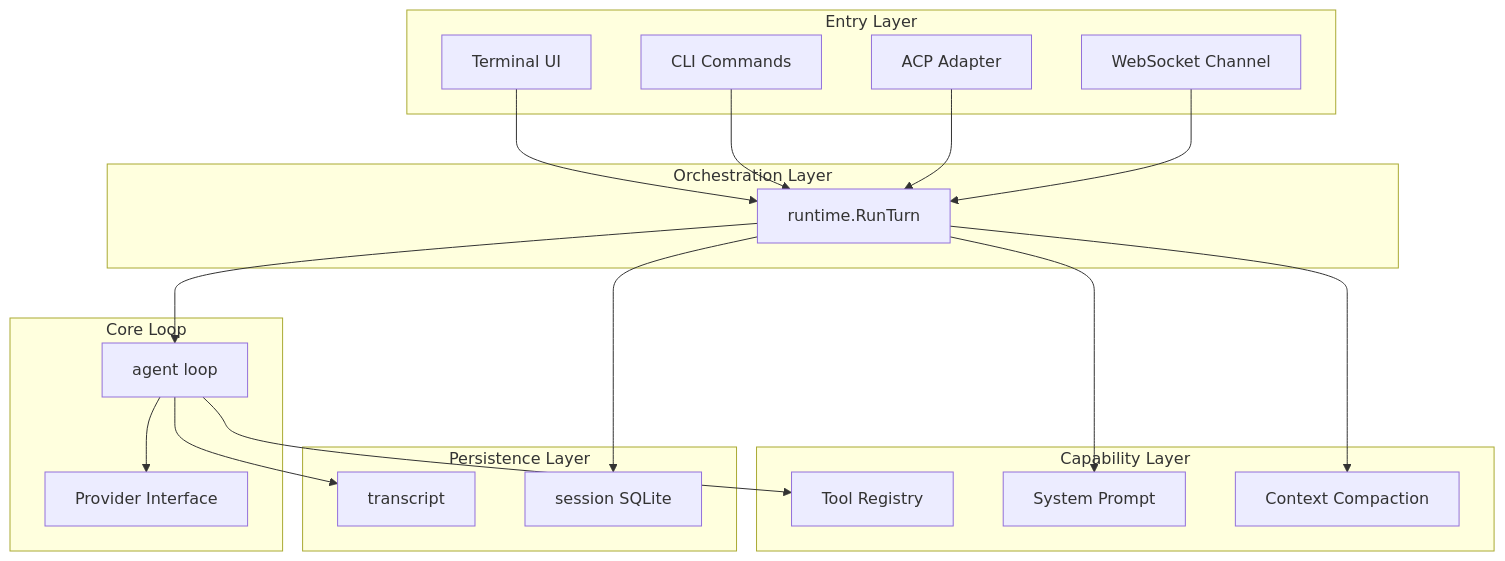
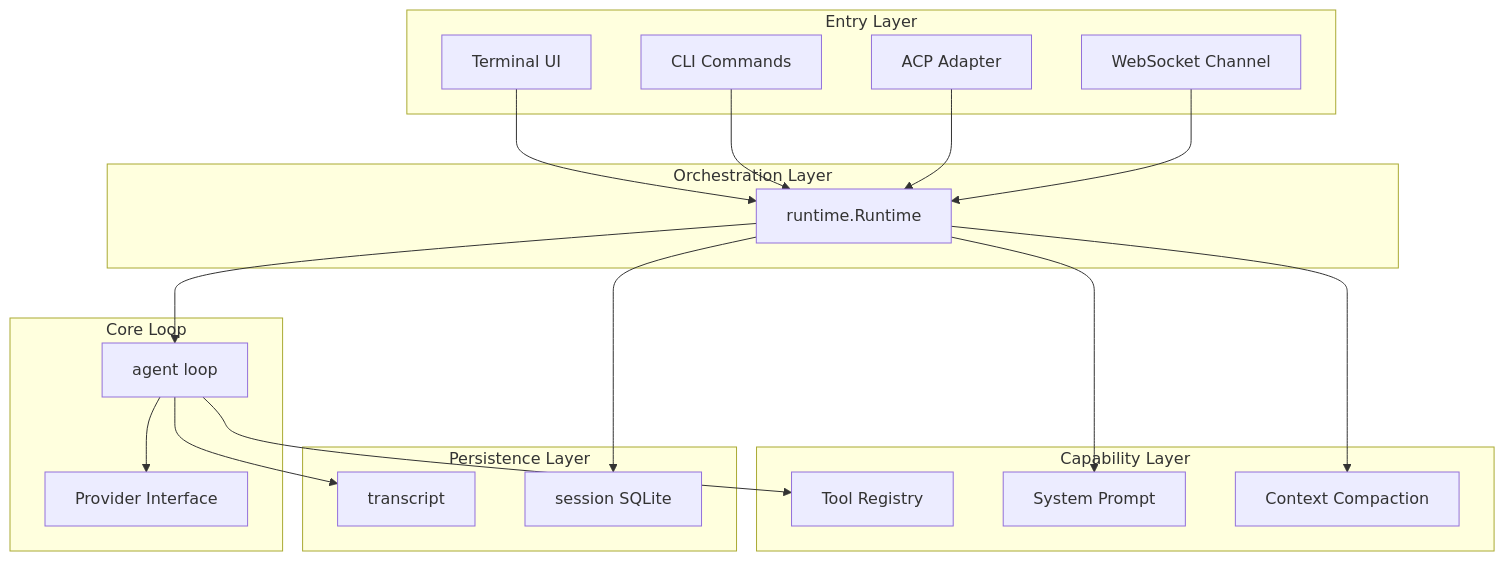
Before and after one commit to gvenusleo/Atlas: the first of 2 diagrams in docs/architecture.md, drawn with Mermaid. The commit also changed other lines of this file and 5 other files, not shown here.

````diff
--- a/docs/architecture.md
+++ b/docs/architecture.md
@@ -9,41 +9,41 @@
 ```mermaid
 graph TD
     subgraph Entry Layer
         TUI[Terminal UI]
         CLI[CLI Commands]
         ACP[ACP Adapter]
         WS[WebSocket Channel]
     end
 
     subgraph Orchestration Layer
-        RT[runtime.RunTurn]
+        RT[runtime.Runtime]
     end
 
     subgraph Core Loop
         AG[agent loop]
         PR[Provider Interface]
     end
 
     subgraph Capability Layer
         TOOLS[Tool Registry]
         PRMPT[System Prompt]
         CMP[Context Compaction]
     end
 
     subgraph Persistence Layer
         TR[transcript]
         SS[session SQLite]
     end
 
     TUI --> RT
     CLI --> RT
     ACP --> RT
     WS --> RT
     RT --> AG
     AG --> PR
     AG --> TOOLS
     RT --> PRMPT
     RT --> CMP
     AG --> TR
     RT --> SS
 ```
````
